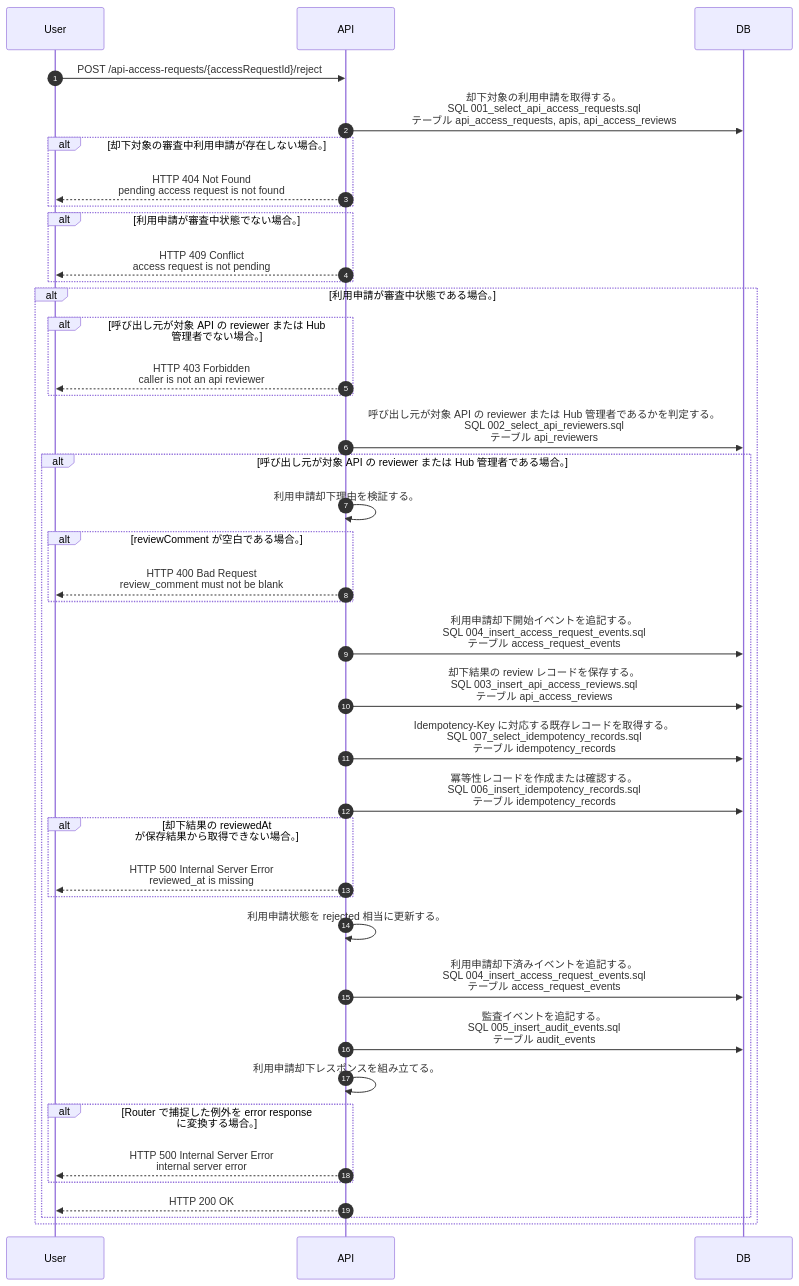
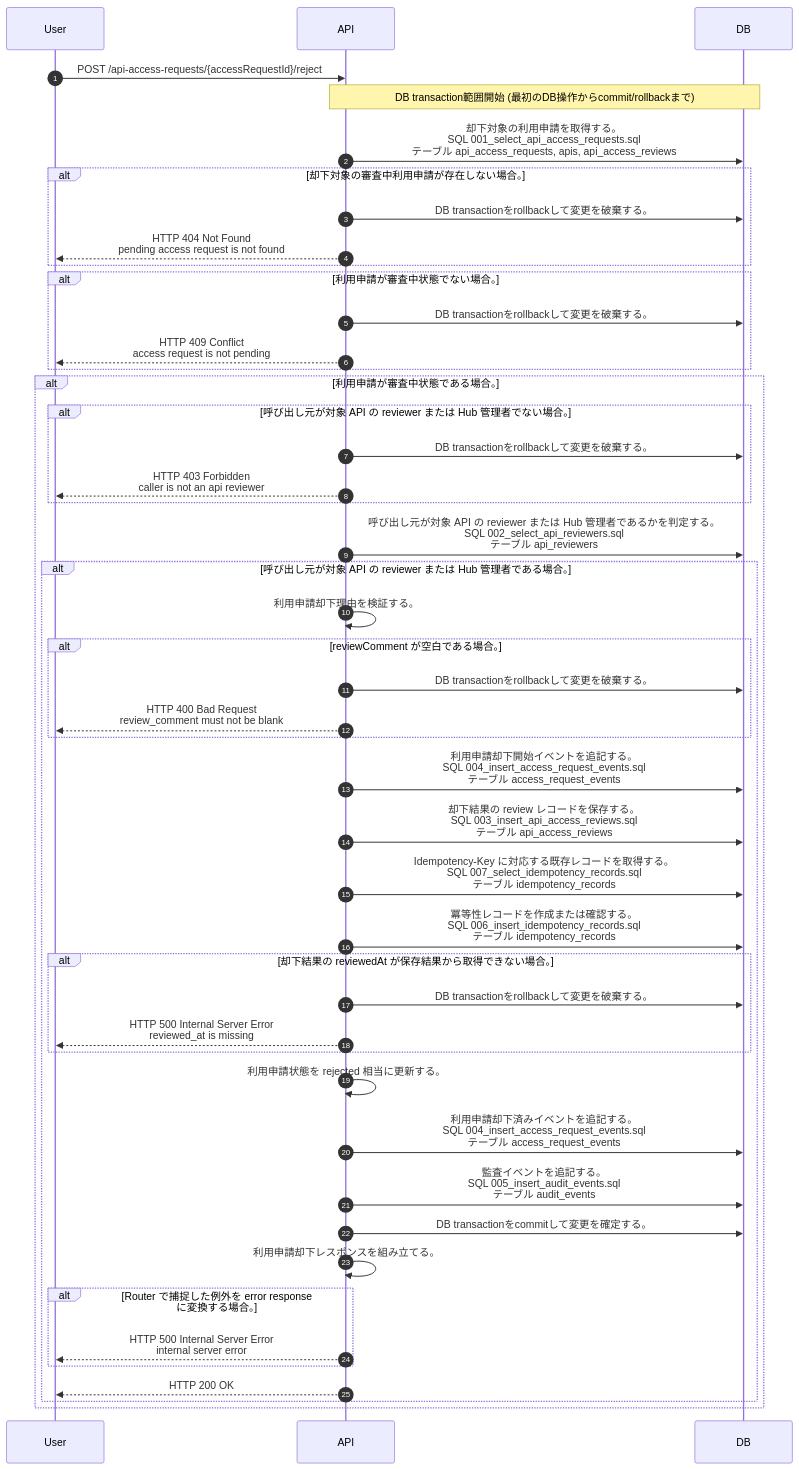
One commit to tsuji-tomonori/lazunex changed the diagram in docs/spec/40.apis/api_access_requests/reject_api_access_request/sequence_gen.md. Above: the diagram before and after it, drawn with Mermaid. The commit also changed 9 other files, not shown here.

Commit message:
📝 docs(api): sequenceにtransaction範囲を明記

````diff
--- a/docs/spec/40.apis/api_access_requests/reject_api_access_request/sequence_gen.md
+++ b/docs/spec/40.apis/api_access_requests/reject_api_access_request/sequence_gen.md
@@ -5,42 +5,49 @@
 ```mermaid
 sequenceDiagram
   autonumber
   participant User as User
   participant API as API
   participant DB as DB
   User->>API: POST /api-access-requests/{accessRequestId}/reject
+  Note over API,DB: DB transaction範囲開始 (最初のDB操作からcommit/rollbackまで)
   API->>DB: 却下対象の利用申請を取得する。<br/>SQL 001_select_api_access_requests.sql<br/>テーブル api_access_requests, apis, api_access_reviews
   alt 却下対象の審査中利用申請が存在しない場合。
+    API->>DB: DB transactionをrollbackして変更を破棄する。
     API-->>User: HTTP 404 Not Found<br/>pending access request is not found
   end
   alt 利用申請が審査中状態でない場合。
+    API->>DB: DB transactionをrollbackして変更を破棄する。
     API-->>User: HTTP 409 Conflict<br/>access request is not pending
   end
   alt 利用申請が審査中状態である場合。
     alt 呼び出し元が対象 API の reviewer または Hub 管理者でない場合。
+      API->>DB: DB transactionをrollbackして変更を破棄する。
       API-->>User: HTTP 403 Forbidden<br/>caller is not an api reviewer
     end
     API->>DB: 呼び出し元が対象 API の reviewer または Hub 管理者であるかを判定する。<br/>SQL 002_select_api_reviewers.sql<br/>テーブル api_reviewers
     alt 呼び出し元が対象 API の reviewer または Hub 管理者である場合。
       API->>API: 利用申請却下理由を検証する。
       alt reviewComment が空白である場合。
+        API->>DB: DB transactionをrollbackして変更を破棄する。
         API-->>User: HTTP 400 Bad Request<br/>review_comment must not be blank
       end
       API->>DB: 利用申請却下開始イベントを追記する。<br/>SQL 004_insert_access_request_events.sql<br/>テーブル access_request_events
       API->>DB: 却下結果の review レコードを保存する。<br/>SQL 003_insert_api_access_reviews.sql<br/>テーブル api_access_reviews
       API->>DB: Idempotency-Key に対応する既存レコードを取得する。<br/>SQL 007_select_idempotency_records.sql<br/>テーブル idempotency_records
       API->>DB: 冪等性レコードを作成または確認する。<br/>SQL 006_insert_idempotency_records.sql<br/>テーブル idempotency_records
       alt 却下結果の reviewedAt が保存結果から取得できない場合。
+        API->>DB: DB transactionをrollbackして変更を破棄する。
         API-->>User: HTTP 500 Internal Server Error<br/>reviewed_at is missing
       end
       API->>API: 利用申請状態を rejected 相当に更新する。
       API->>DB: 利用申請却下済みイベントを追記する。<br/>SQL 004_insert_access_request_events.sql<br/>テーブル access_request_events
       API->>DB: 監査イベントを追記する。<br/>SQL 005_insert_audit_events.sql<br/>テーブル audit_events
+      API->>DB: DB transactionをcommitして変更を確定する。
       API->>API: 利用申請却下レスポンスを組み立てる。
       alt Router で捕捉した例外を error response に変換する場合。
         API-->>User: HTTP 500 Internal Server Error<br/>internal server error
       end
       API-->>User: HTTP 200 OK
     end
   end
 ```
````
